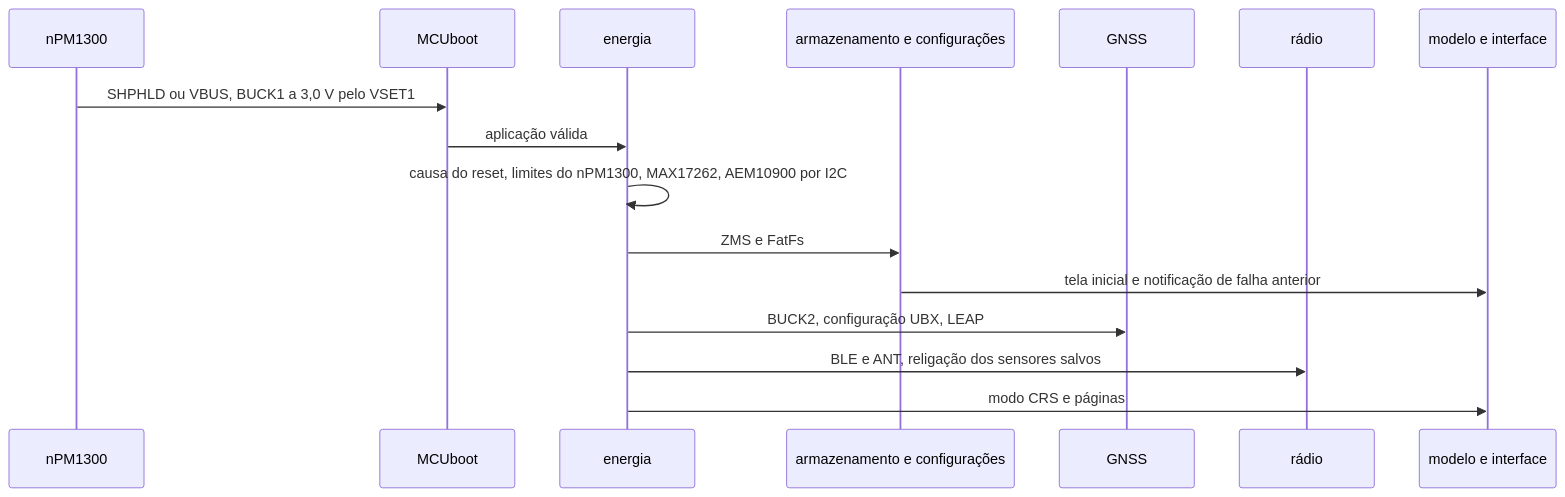
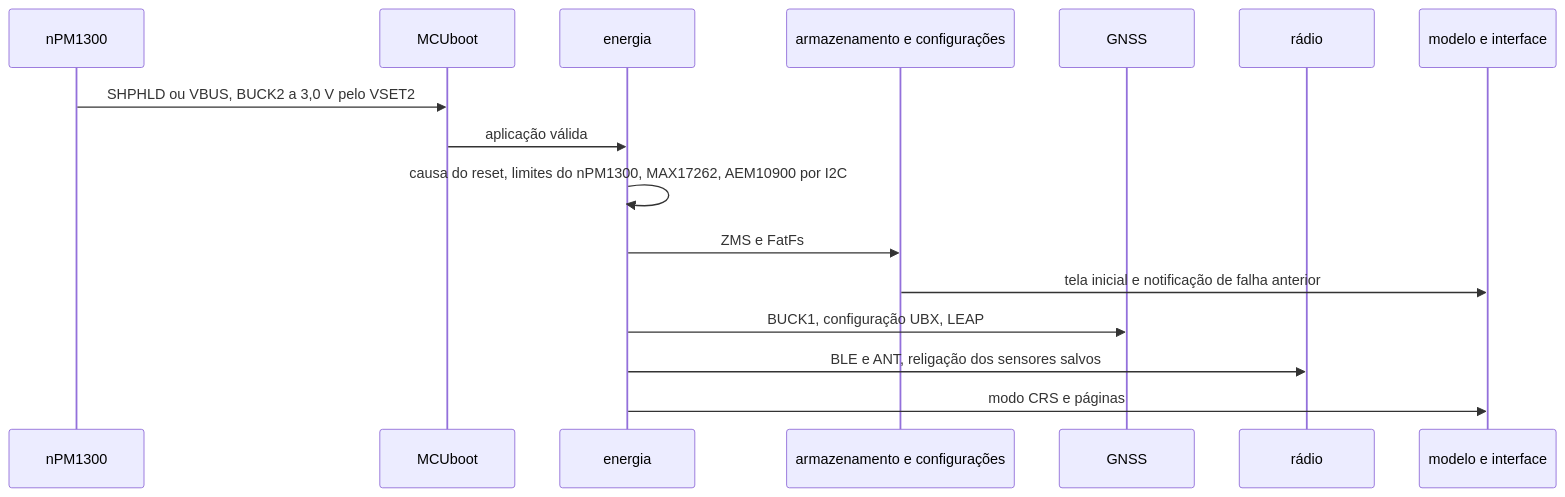
One commit to Guiimartinho/gnss-bike-computer changed diagram 11 of 13 in docs/16-arquitetura-firmware.md. Above: the diagram before and after it, drawn with Mermaid. The commit also changed other lines of this file and 13 other files, not shown here.

````diff
--- a/docs/16-arquitetura-firmware.md
+++ b/docs/16-arquitetura-firmware.md
@@ -347,18 +347,18 @@
 ```mermaid
 sequenceDiagram
     participant P as nPM1300
     participant B as MCUboot
     participant E as energia
     participant S as armazenamento e configurações
     participant G as GNSS
     participant R as rádio
     participant M as modelo e interface
-    P->>B: SHPHLD ou VBUS, BUCK1 a 3,0 V pelo VSET1
+    P->>B: SHPHLD ou VBUS, BUCK2 a 3,0 V pelo VSET2
     B->>E: aplicação válida
     E->>E: causa do reset, limites do nPM1300, MAX17262, AEM10900 por I2C
     E->>S: ZMS e FatFs
     S->>M: tela inicial e notificação de falha anterior
-    E->>G: BUCK2, configuração UBX, LEAP
+    E->>G: BUCK1, configuração UBX, LEAP
     E->>R: BLE e ANT, religação dos sensores salvos
     E->>M: modo CRS e páginas
 ```
````
